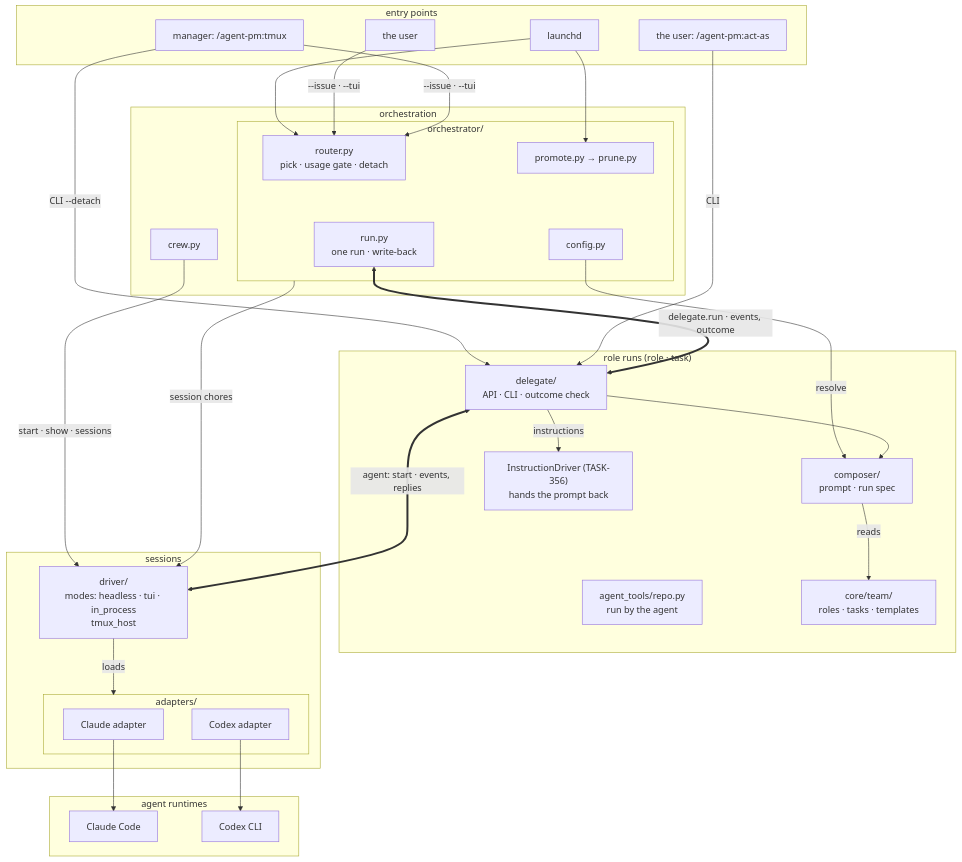
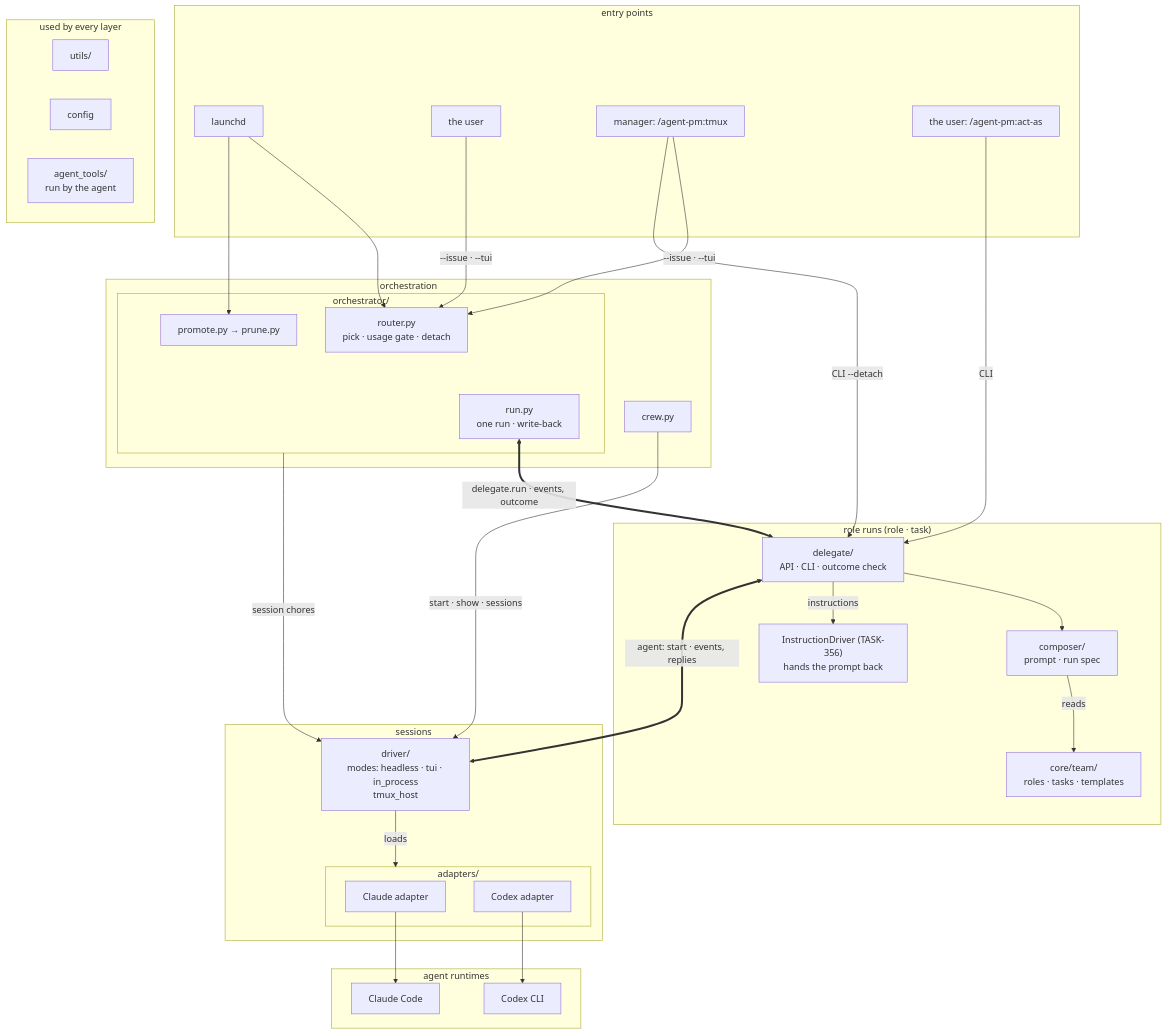
The second of 4 diagrams in README.md (ophis/agent-pm), drawn with Mermaid before and after one commit. The commit also changed other lines of this file, not shown here.

Commit message:
README: config, utils and agent_tools as side notes in the architecture diagram
Claude-Session: https://claude.ai/code/session_01DWNTKp8E4ZkndBswMuqLEu

````diff
--- a/README.md
+++ b/README.md
@@ -20,54 +20,55 @@
 ```mermaid
 flowchart TB
   subgraph EN[entry points]
     LD[launchd]
     HU[the user]
     M["manager: /agent-pm:tmux"]
     A["the user: /agent-pm:act-as"]
   end
   subgraph L1[orchestration]
     subgraph OR[orchestrator/]
       R["router.py<br>pick · usage gate · detach"]
       RU["run.py<br>one run · write-back"]
       PP["promote.py → prune.py"]
-      CF["config.py"]
     end
     W[crew.py]
   end
   subgraph L2["role runs (role · task)"]
     D["delegate/<br>API · CLI · outcome check"]
     C["composer/<br>prompt · run spec"]
     ID["InstructionDriver (TASK-356)<br>hands the prompt back"]
-    AT["agent_tools/repo.py<br>run by the agent"]
     T["core/team/<br>roles · tasks · templates"]
   end
   subgraph L3[sessions]
     DR["driver/<br>modes: headless · tui · in_process<br>tmux_host"]
     subgraph AD[adapters/]
       CL[Claude adapter]
       CX[Codex adapter]
     end
+  end
+  subgraph SH[used by every layer]
+    U["utils/"]
+    CFG["config"]
+    AT["agent_tools/<br>run by the agent"]
   end
   subgraph RT[agent runtimes]
     P1[Claude Code]
     P2[Codex CLI]
   end
   LD --> R & PP
   HU & M -->|"--issue · --tui"| R
   M -->|"CLI --detach"| D
   A -->|CLI| D
   W -->|"start · show · sessions"| DR
   RU <==>|"delegate.run · events, outcome"| D
-  CF -->|resolve| C
   OR -->|"session chores"| DR
   D --> C
   C -->|reads| T
   D -->|instructions| ID
   D <==>|"agent: start · events, replies"| DR
   DR -->|loads| AD
   CL --> P1
   CX --> P2
   R ~~~ RU
-  PP ~~~ CF
   C ~~~ DR
 ```
````
